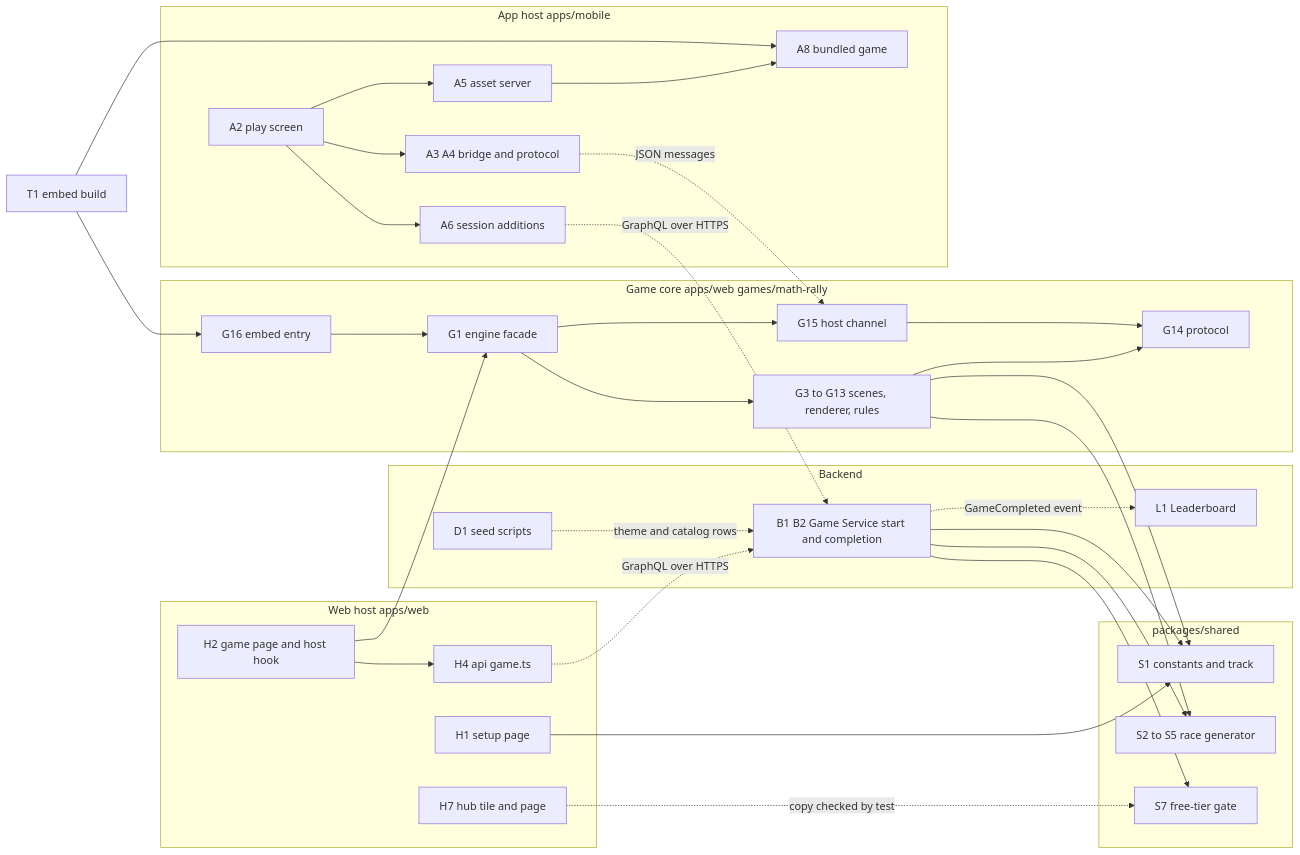
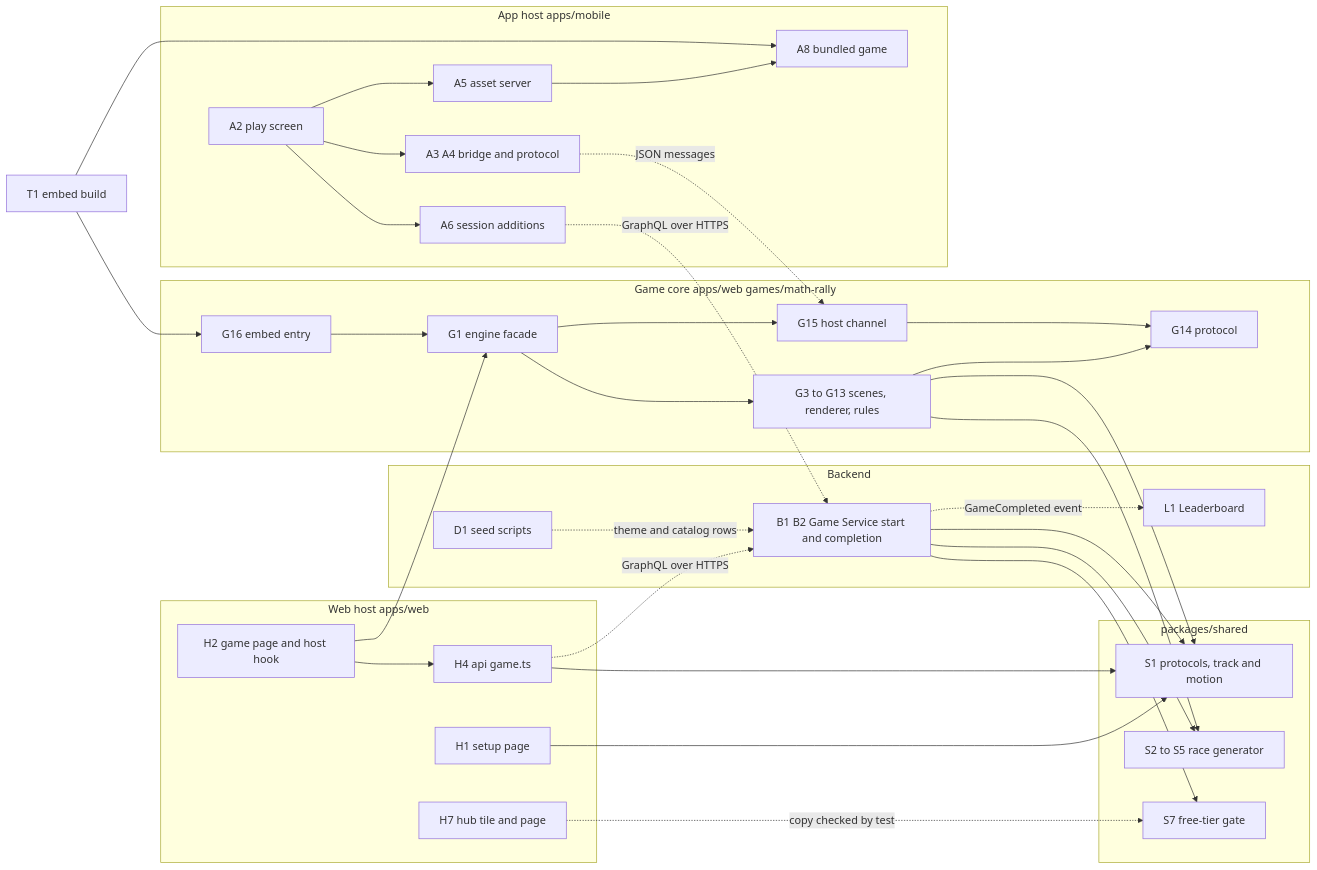
The first of 3 diagrams in aidlc-docs/inception/application-design/math-kart-component-dependency.md (dtuleski/turbo-town), drawn with Mermaid before and after one commit. The commit also changed other lines of this file and 10 other files, not shown here.

````diff
--- a/aidlc-docs/inception/application-design/math-kart-component-dependency.md
+++ b/aidlc-docs/inception/application-design/math-kart-component-dependency.md
@@ -11,60 +12,61 @@
 ```mermaid
 flowchart LR
     subgraph SHARED["packages/shared"]
-        S1["S1 constants and track"]
+        S1["S1 protocols, track and motion"]
         S5["S2 to S5 race generator"]
         S7["S7 free-tier gate"]
     end
     subgraph GAME["Game core apps/web games/math-rally"]
         GC["G3 to G13 scenes, renderer, rules"]
         G14["G14 protocol"]
         G15["G15 host channel"]
         G1["G1 engine facade"]
         G16["G16 embed entry"]
     end
     subgraph WEB["Web host apps/web"]
         H2["H2 game page and host hook"]
         H1["H1 setup page"]
         H4["H4 api game.ts"]
         H7["H7 hub tile and page"]
     end
     subgraph BACK["Backend"]
         B1["B1 B2 Game Service start and completion"]
         L1["L1 Leaderboard"]
         D1["D1 seed scripts"]
     end
     subgraph APP["App host apps/mobile"]
         A2["A2 play screen"]
         A3["A3 A4 bridge and protocol"]
         A5["A5 asset server"]
         A6["A6 session additions"]
         A8["A8 bundled game"]
     end
     T1["T1 embed build"]
 
     GC --> S1
     GC --> S5
     GC --> G14
     G1 --> GC
     G1 --> G15
     G15 --> G14
     G16 --> G1
     H2 --> G1
     H2 --> H4
     H1 --> S1
+    H4 --> S1
     H7 -.->|"copy checked by test"| S7
     B1 --> S1
     B1 --> S5
     B1 --> S7
     B1 -.->|"GameCompleted event"| L1
     H4 -.->|"GraphQL over HTTPS"| B1
     A6 -.->|"GraphQL over HTTPS"| B1
     A2 --> A3
     A2 --> A5
     A2 --> A6
     A5 --> A8
     T1 --> G16
     T1 --> A8
     A3 -.->|"JSON messages"| G15
     D1 -.->|"theme and catalog rows"| B1
 ```
````
